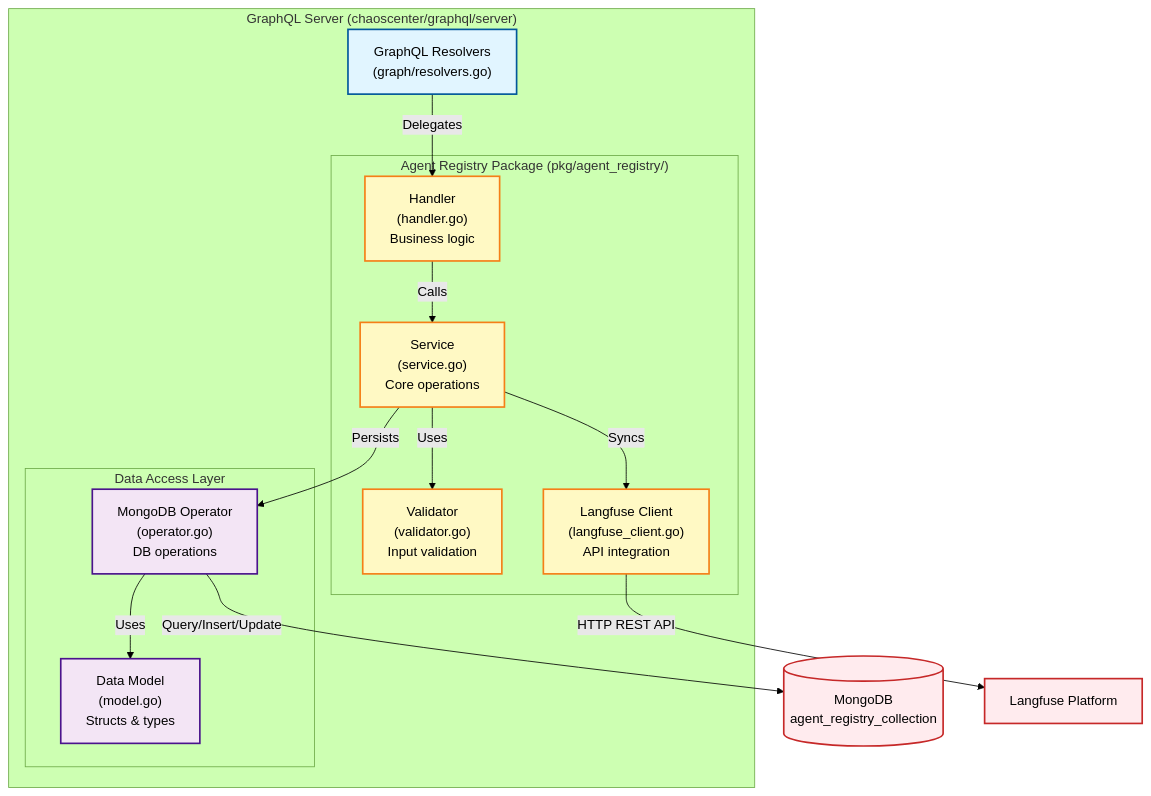
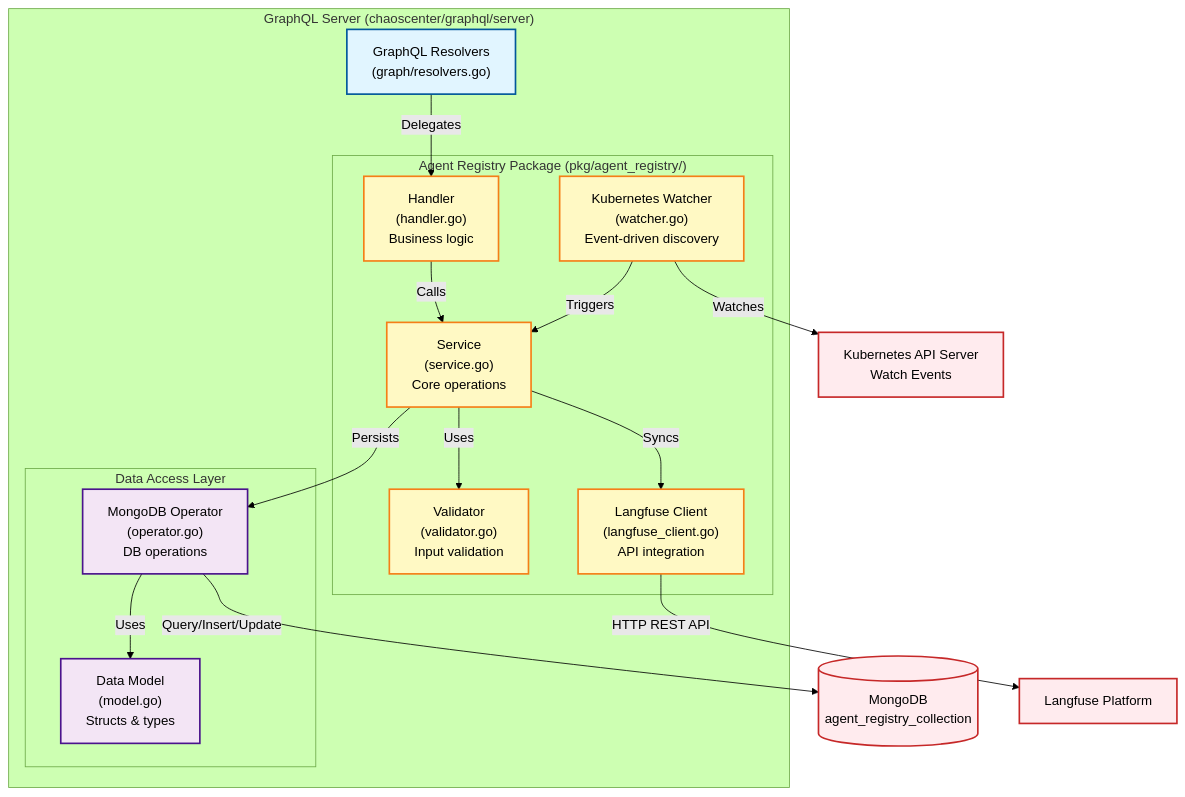
The first of 5 diagrams in specs/design/Feature_Agent_Registry_Service.md (AgentCert/AgentCert), drawn with Mermaid (forest theme) before and after one commit. The commit also changed other lines of this file and 1 other file, not shown here.

Commit message:
feat(agent-onboarding): Updated design and implementation plan to support helm chart based onboarding

````diff
--- a/specs/design/Feature_Agent_Registry_Service.md
+++ b/specs/design/Feature_Agent_Registry_Service.md
@@ -180,38 +223,43 @@
 ```mermaid
 graph TB
     subgraph "GraphQL Server (chaoscenter/graphql/server)"
         GraphQLResolvers["GraphQL Resolvers<br/>(graph/resolvers.go)"]
         
         subgraph "Agent Registry Package (pkg/agent_registry/)"
             Handler["Handler<br/>(handler.go)<br/>Business logic"]
             Service["Service<br/>(service.go)<br/>Core operations"]
             Validator["Validator<br/>(validator.go)<br/>Input validation"]
             LangfuseClient["Langfuse Client<br/>(langfuse_client.go)<br/>API integration"]
+            K8sWatcher["Kubernetes Watcher<br/>(watcher.go)<br/>Event-driven discovery"]
         end
         
         subgraph "Data Access Layer"
             Operator["MongoDB Operator<br/>(operator.go)<br/>DB operations"]
             Model["Data Model<br/>(model.go)<br/>Structs & types"]
         end
     end
     
+    K8s["Kubernetes API Server<br/>Watch Events"]
+    
     GraphQLResolvers -->|"Delegates"| Handler
     Handler -->|"Calls"| Service
     Service -->|"Uses"| Validator
     Service -->|"Syncs"| LangfuseClient
     Service -->|"Persists"| Operator
+    K8sWatcher -->|"Triggers"| Service
+    K8sWatcher -->|"Watches"| K8s
     Operator -->|"Uses"| Model
     
     Operator -->|"Query/Insert/Update"| MongoDB[(MongoDB<br/>agent_registry_collection)]
     LangfuseClient -->|"HTTP REST API"| Langfuse["Langfuse Platform"]
     
     classDef resolver fill:#e1f5ff,stroke:#01579b,stroke-width:2px
     classDef service fill:#fff9c4,stroke:#f57f17,stroke-width:2px
     classDef data fill:#f3e5f5,stroke:#4a148c,stroke-width:2px
     classDef external fill:#ffebee,stroke:#c62828,stroke-width:2px
     
     class GraphQLResolvers resolver
-    class Handler,Service,Validator,LangfuseClient service
+    class Handler,Service,Validator,LangfuseClient,K8sWatcher service
     class Operator,Model data
-    class MongoDB,Langfuse external
+    class MongoDB,Langfuse,K8s external
 ```
````
